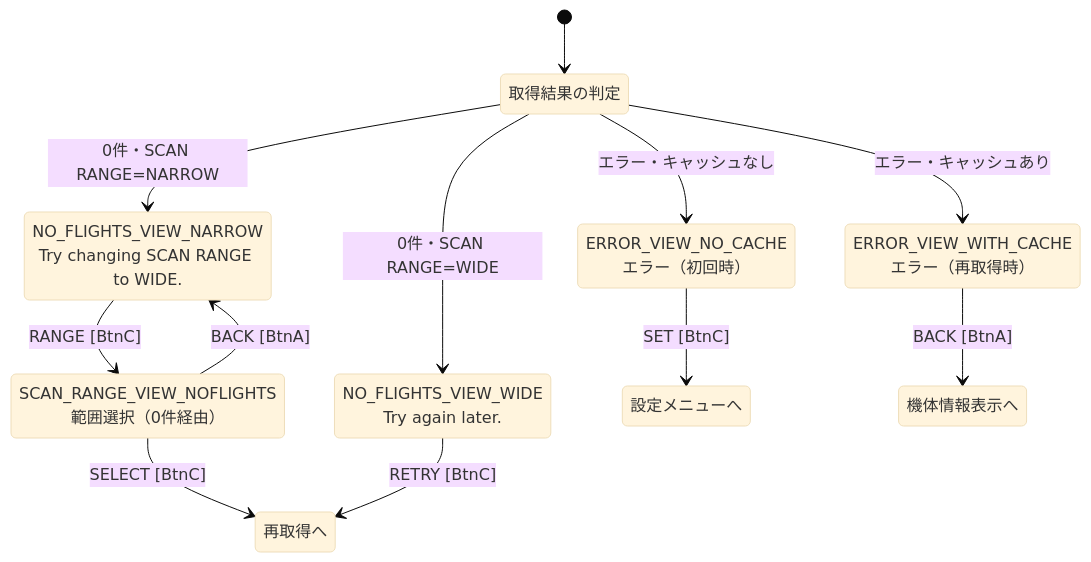
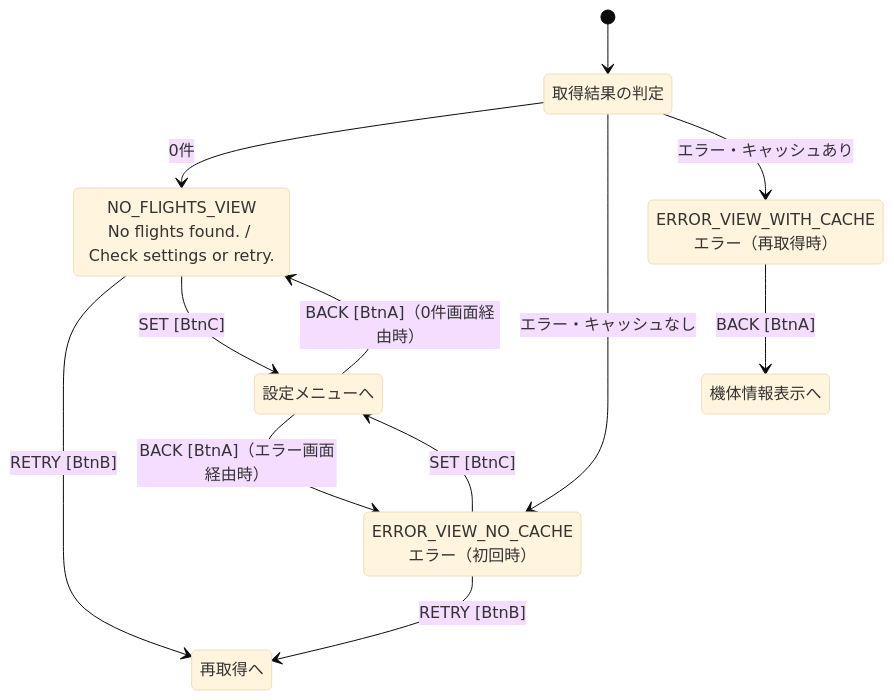
Before and after one commit to ymo999/m5stack-flight-tracker: the third of 5 diagrams in docs/画面遷移設計_M5Stack_航空機スキャンシステム.md, drawn with Mermaid (base theme). The commit also changed other lines of this file and 1 other file, not shown here.

````diff
--- a/docs/画面遷移設計_M5Stack_航空機スキャンシステム.md
+++ b/docs/画面遷移設計_M5Stack_航空機スキャンシステム.md
@@ -88,25 +88,25 @@
 ```mermaid
 stateDiagram-v2
     state "取得結果の判定" as JUDGE
     [*] --> JUDGE
-    JUDGE --> NO_FLIGHTS_NARROW : 0件・SCAN RANGE=NARROW
-    JUDGE --> NO_FLIGHTS_WIDE : 0件・SCAN RANGE=WIDE
+    JUDGE --> NO_FLIGHTS_VIEW : 0件
     JUDGE --> ERROR_NO_CACHE : エラー・キャッシュなし
     JUDGE --> ERROR_WITH_CACHE : エラー・キャッシュあり
 
-    NO_FLIGHTS_NARROW --> SCAN_RANGE_NOFLIGHTS : RANGE [BtnC]
-    SCAN_RANGE_NOFLIGHTS --> LOADING_WIFI_REFRESH : SELECT [BtnC]
-    SCAN_RANGE_NOFLIGHTS --> NO_FLIGHTS_NARROW : BACK [BtnA]
-    NO_FLIGHTS_WIDE --> LOADING_WIFI_REFRESH : RETRY [BtnC]
+    NO_FLIGHTS_VIEW --> LOADING_WIFI_REFRESH : RETRY [BtnB]
+    NO_FLIGHTS_VIEW --> MENU_VIEW : SET [BtnC]
+    MENU_VIEW --> NO_FLIGHTS_VIEW : BACK [BtnA]（0件画面経由時）
+
+    ERROR_NO_CACHE --> LOADING_WIFI_REFRESH : RETRY [BtnB]
     ERROR_NO_CACHE --> MENU_VIEW : SET [BtnC]
+    MENU_VIEW --> ERROR_NO_CACHE : BACK [BtnA]（エラー画面経由時）
+
     ERROR_WITH_CACHE --> FLIGHT_VIEW : BACK [BtnA]
 
-    NO_FLIGHTS_NARROW : NO_FLIGHTS_VIEW_NARROW<br>Try changing SCAN RANGE to WIDE.
-    NO_FLIGHTS_WIDE : NO_FLIGHTS_VIEW_WIDE<br>Try again later.
-    SCAN_RANGE_NOFLIGHTS : SCAN_RANGE_VIEW_NOFLIGHTS<br>範囲選択（0件経由）
+    NO_FLIGHTS_VIEW : NO_FLIGHTS_VIEW<br>No flights found. / Check settings or retry.
     ERROR_NO_CACHE : ERROR_VIEW_NO_CACHE<br>エラー（初回時）
     ERROR_WITH_CACHE : ERROR_VIEW_WITH_CACHE<br>エラー（再取得時）
     LOADING_WIFI_REFRESH : 再取得へ
     MENU_VIEW : 設定メニューへ
     FLIGHT_VIEW : 機体情報表示へ
 ```
````
